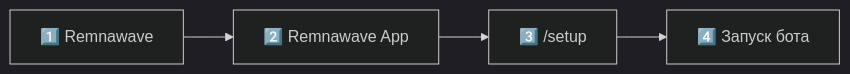
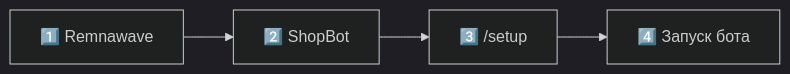
Before and after one commit to kissesses/remnawave-app-new: the diagram in docs/INSTALL.md, drawn with Mermaid (dark theme). The commit also changed other lines of this file and 33 other files, not shown here.

First line of the commit message:
Release v1.0.4: timeline polish, onboarding checklist, and quality fixes.

````diff
--- a/docs/INSTALL.md
+++ b/docs/INSTALL.md
@@ -215,6 +212,6 @@
 ```mermaid
 flowchart LR
-    A["1️⃣ Remnawave"] --> B["2️⃣ Remnawave App"]
+    A["1️⃣ Remnawave"] --> B["2️⃣ ShopBot"]
     B --> C["3️⃣ /setup"]
     C --> D["4️⃣ Запуск бота"]
 ```
````
